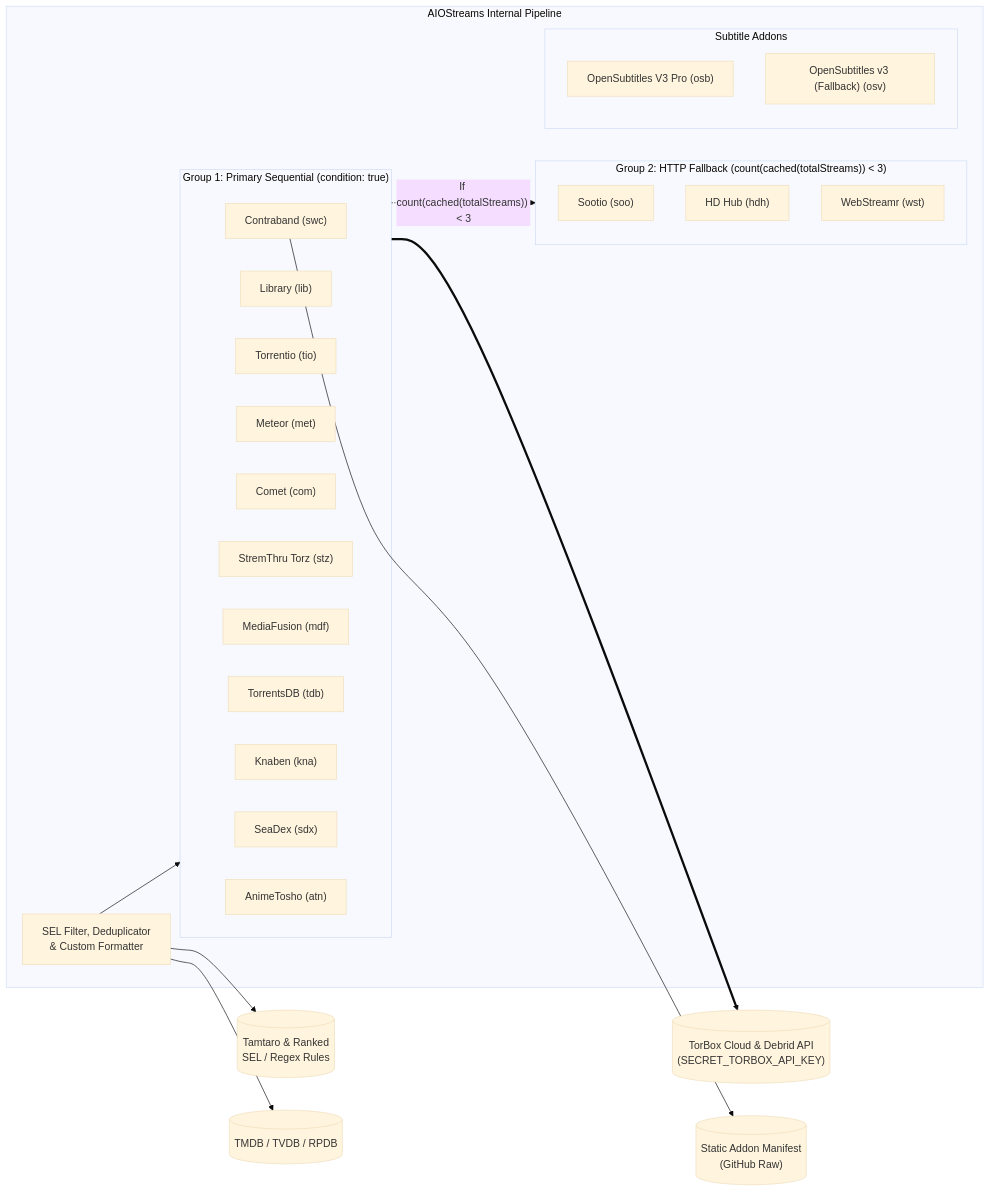
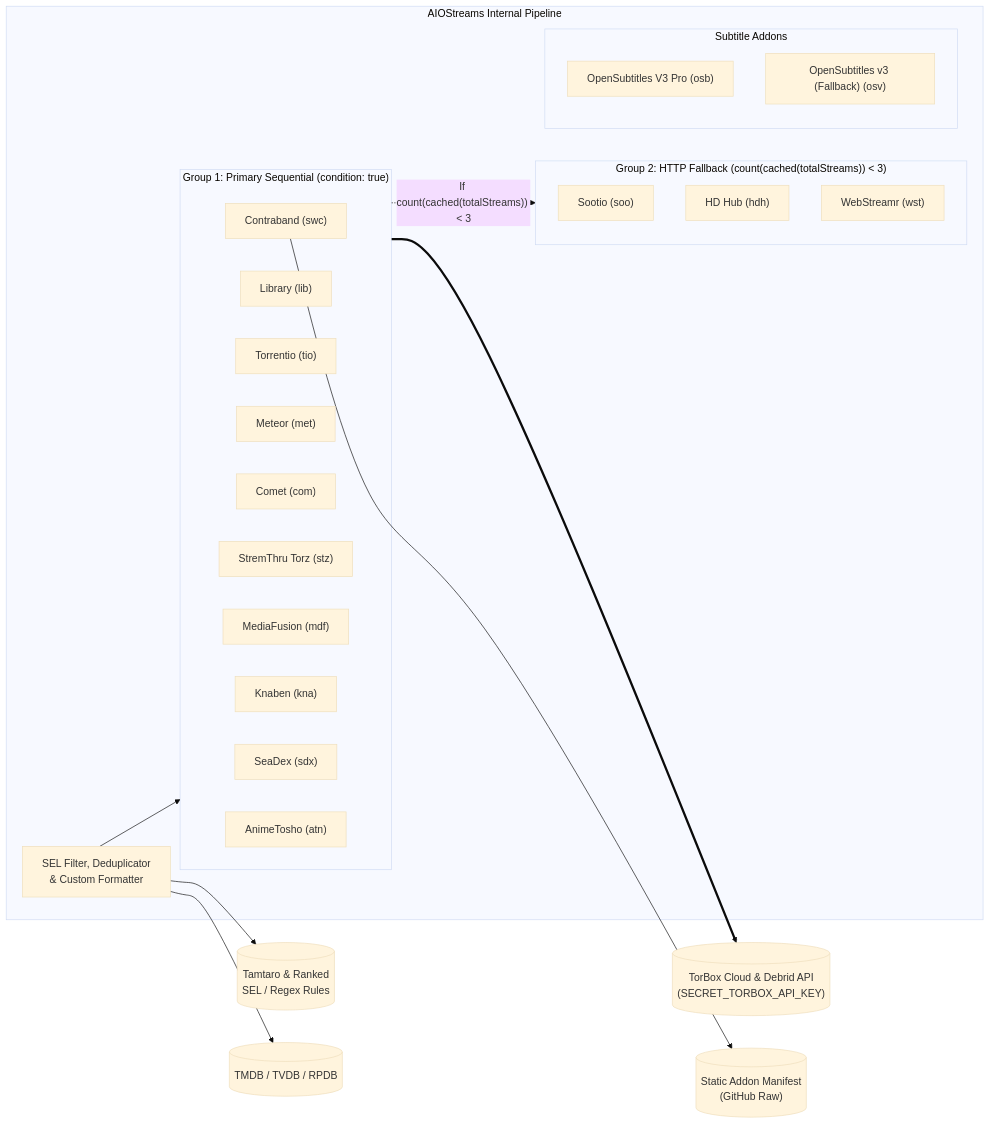
The second of 3 diagrams in ARCHITECTURE.md (Darshan-AS/stream-weaver), drawn with Mermaid (base theme) before and after one commit. The commit also changed other lines of this file and 15 other files, not shown here.

````diff
--- a/ARCHITECTURE.md
+++ b/ARCHITECTURE.md
@@ -74,39 +74,38 @@
 ```mermaid
 flowchart LR
     subgraph AIOStreams["AIOStreams Internal Pipeline"]
         SEL["SEL Filter, Deduplicator\n& Custom Formatter"]
         subgraph G1["Group 1: Primary Sequential (condition: true)"]
             P_swc["Contraband (swc)"]
             P_lib["Library (lib)"]
             P_tio["Torrentio (tio)"]
             P_met["Meteor (met)"]
             P_com["Comet (com)"]
             P_stz["StremThru Torz (stz)"]
             P_mdf["MediaFusion (mdf)"]
-            P_tdb["TorrentsDB (tdb)"]
             P_kna["Knaben (kna)"]
             P_sdx["SeaDex (sdx)"]
             P_atn["AnimeTosho (atn)"]
         end
         subgraph G2["Group 2: HTTP Fallback (count(cached(totalStreams)) < 3)"]
             P_soo["Sootio (soo)"]
             P_hdh["HD Hub (hdh)"]
             P_wst["WebStreamr (wst)"]
         end
         subgraph Subs["Subtitle Addons"]
             P_osb["OpenSubtitles V3 Pro (osb)"]
             P_osv["OpenSubtitles v3 (Fallback) (osv)"]
         end
     end
 
     DEB_EXT[("TorBox Cloud & Debrid API\n(SECRET_TORBOX_API_KEY)")]
     CB_EXT[("Static Addon Manifest\n(GitHub Raw)")]
     RULES_EXT[("Tamtaro & Ranked\nSEL / Regex Rules")]
     META_EXT[("TMDB / TVDB / RPDB")]
 
     SEL --> G1
     G1 -. "If count(cached(totalStreams)) < 3" .-> G2
     G1 ==> DEB_EXT
     P_swc --> CB_EXT
     SEL --> RULES_EXT & META_EXT
 ```
````
